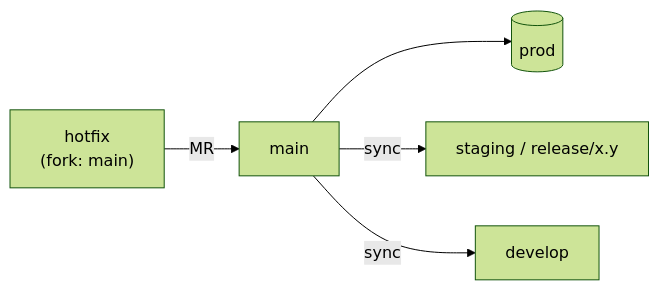
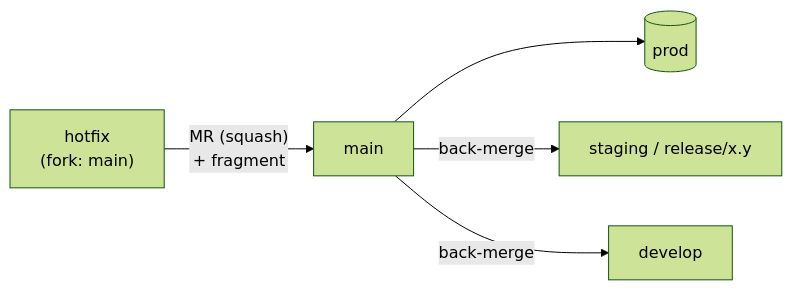
The diagram in standards/git-flow-standard/rule-2610082120.md (rosinfotech/standards), drawn with Mermaid (forest theme) before and after one commit. The commit also changed 48 other files, not shown here.

````diff
--- a/standards/git-flow-standard/rule-2610082120.md
+++ b/standards/git-flow-standard/rule-2610082120.md
@@ -41,7 +41,7 @@
   ```mermaid
   flowchart LR
-      H["hotfix<br>(fork: main)"] -->|"MR"| M["main"]
+      H["hotfix<br>(fork: main)"] -->|"MR (squash)<br>+ fragment"| M["main"]
       M --> PE[("prod")]
-      M -->|"sync"| Q["staging / release/x.y"]
-      M -->|"sync"| D["develop"]
+      M -->|"back-merge"| Q["staging / release/x.y"]
+      M -->|"back-merge"| D["develop"]
   ```
````
